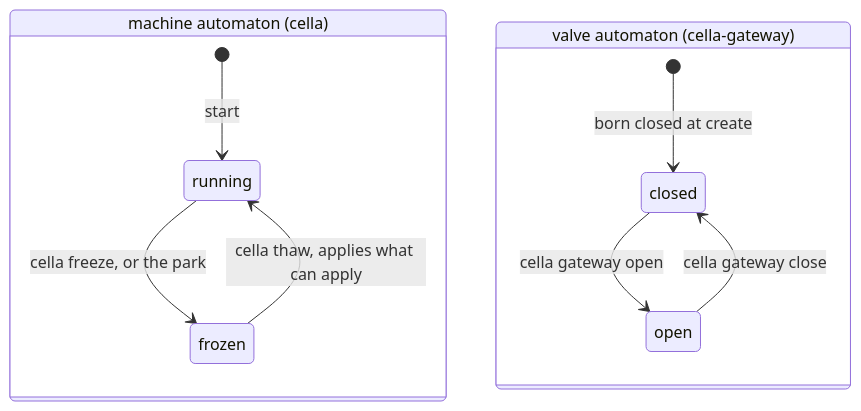
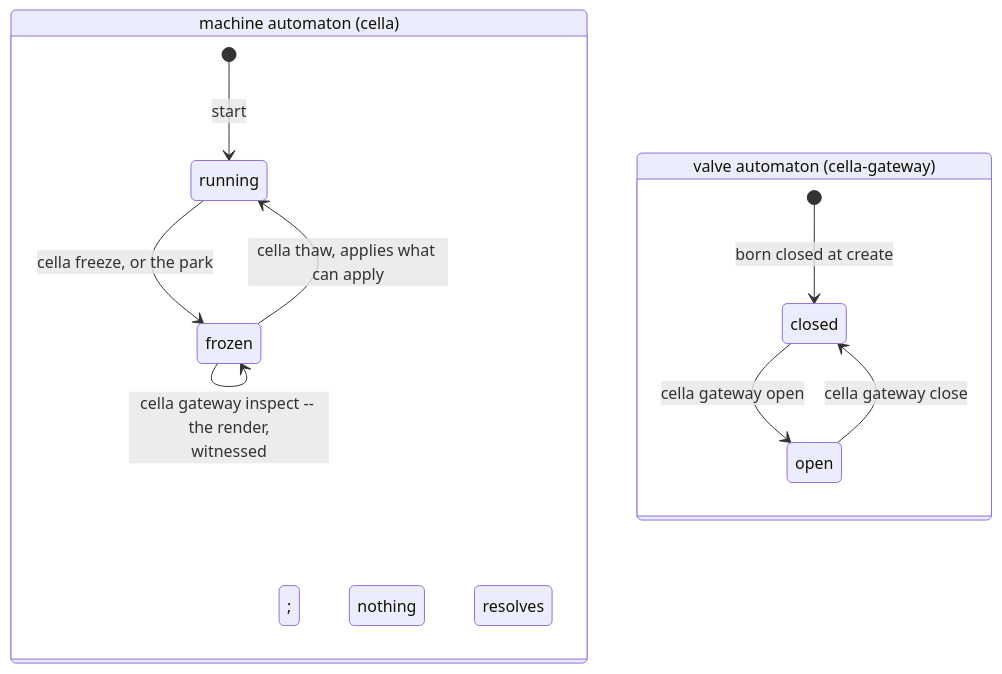
Before and after one commit to omne-earth/cella: the third of 7 diagrams in docs/FREEZE-THAW.md, drawn with Mermaid. The commit also changed other lines of this file and 9 other files, not shown here.

````diff
--- a/docs/FREEZE-THAW.md
+++ b/docs/FREEZE-THAW.md
@@ -131,17 +131,18 @@
 ```mermaid
 stateDiagram-v2
     state "machine automaton (cella)" as M {
         R: running
         F: frozen
         [*] --> R: start
         R --> F: cella freeze, or the park
         F --> R: cella thaw, applies what can apply
+        F --> F: cella gateway inspect -- the render,<br/>witnessed; nothing resolves
     }
     state "valve automaton (cella-gateway)" as V {
         C: closed
         O: open
         [*] --> C: born closed at create
         C --> O: cella gateway open
         O --> C: cella gateway close
     }
 ```
````
